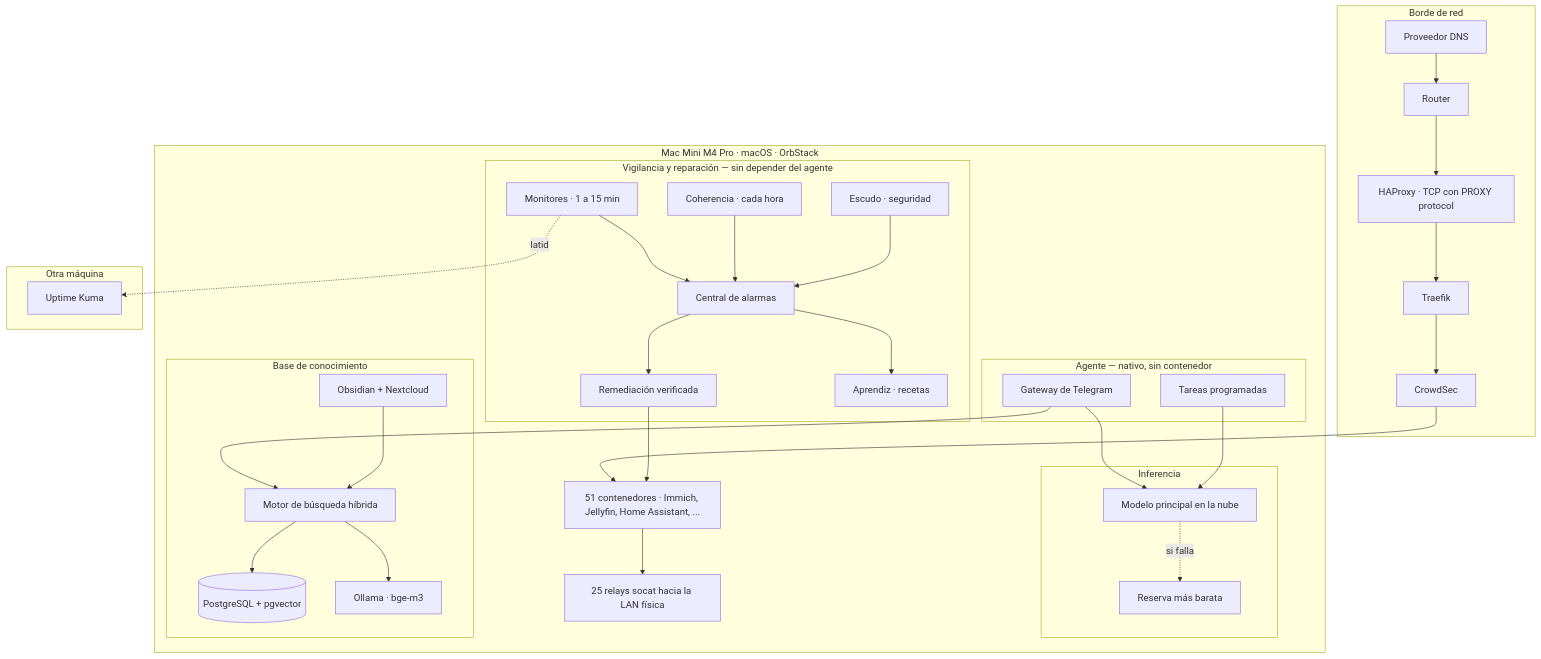
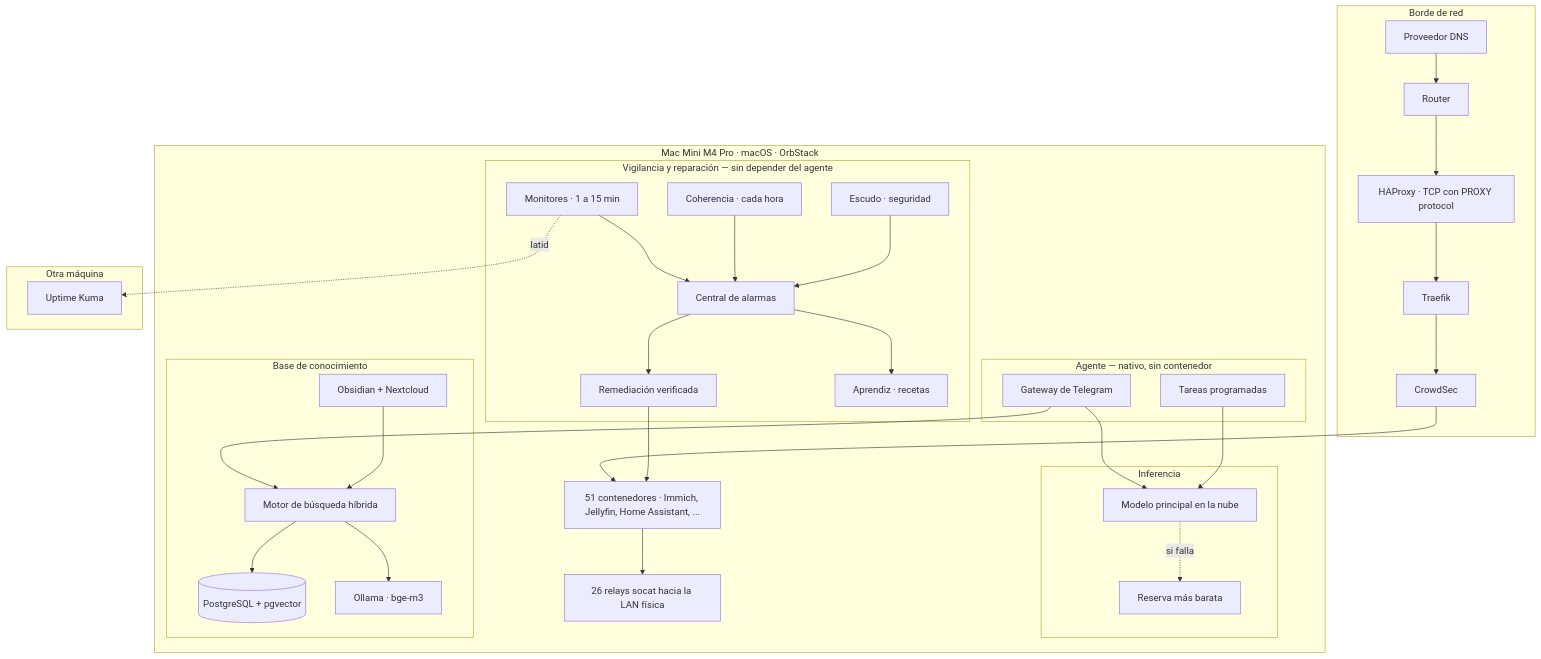
The first of 2 diagrams in docs/architecture.md (miquelblanch/homelab-ai-platform), drawn with Mermaid before and after one commit. The commit also changed other lines of this file and 2 other files, not shown here.

First line of the commit message:
docs: 26 relays, 51 contenedores y Excalidraw retirado

````diff
--- a/docs/architecture.md
+++ b/docs/architecture.md
@@ -41,61 +41,61 @@
 ```mermaid
 flowchart TB
     subgraph edge["Borde de red"]
         CF[Proveedor DNS] --> RT[Router]
         RT --> HAP[HAProxy · TCP con PROXY protocol]
         HAP --> TR[Traefik]
         TR --> WAF[CrowdSec]
     end
 
     subgraph host["Mac Mini M4 Pro · macOS · OrbStack"]
         subgraph agent["Agente — nativo, sin contenedor"]
             GW[Gateway de Telegram]
             CRON[Tareas programadas]
         end
 
         subgraph models["Inferencia"]
             CLOUD[Modelo principal en la nube]
             RES[Reserva más barata]
         end
 
         subgraph rag["Base de conocimiento"]
             GB[Motor de búsqueda híbrida]
             SRC[Obsidian + Nextcloud]
             PG[(PostgreSQL + pgvector)]
             EMB[Ollama · bge-m3]
         end
 
         subgraph obs["Vigilancia y reparación — sin depender del agente"]
             MON[Monitores · 1 a 15 min]
             CEN[Central de alarmas]
             REM[Remediación verificada]
             APR[Aprendiz · recetas]
             COH[Coherencia · cada hora]
             ESC[Escudo · seguridad]
         end
 
         APPS[51 contenedores · Immich, Jellyfin, Home Assistant, ...]
-        RELAY[25 relays socat hacia la LAN física]
+        RELAY[26 relays socat hacia la LAN física]
     end
 
     subgraph ext["Otra máquina"]
         KUMA[Uptime Kuma]
     end
 
     WAF --> APPS
     GW --> CLOUD
     CLOUD -.si falla.-> RES
     GW --> GB
     CRON --> CLOUD
     GB --> PG
     GB --> EMB
     SRC --> GB
     MON --> CEN
     CEN --> REM
     CEN --> APR
     COH --> CEN
     ESC --> CEN
     REM --> APPS
     APPS --> RELAY
     MON -.latido.-> KUMA
 ```
````
